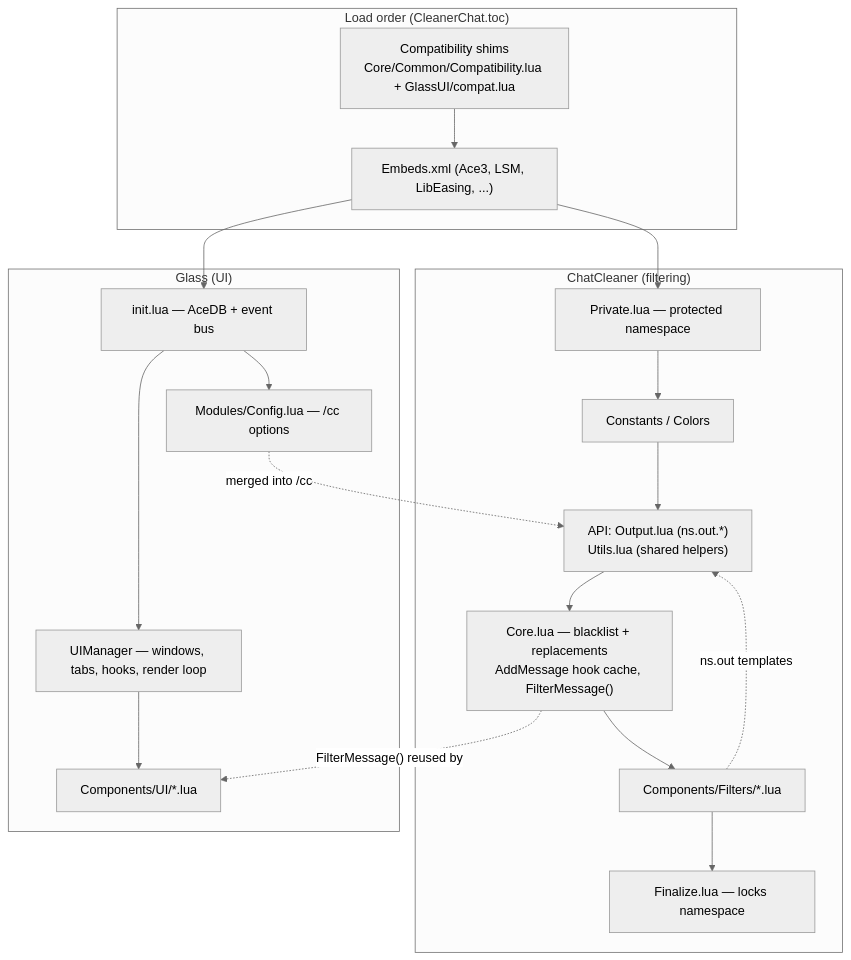
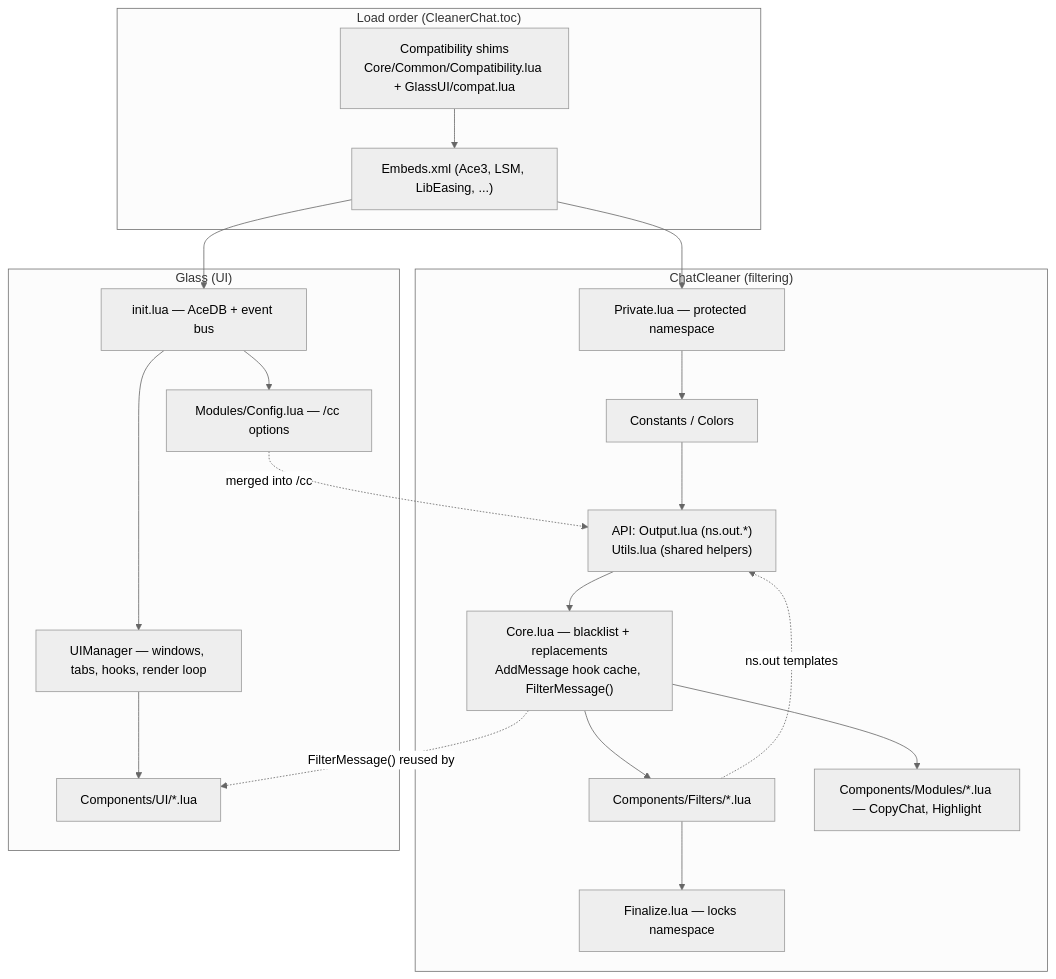
The diagram in docs/ARCHITECTURE.md (migwynkriid/CleanerChat-WotLK), drawn with Mermaid (neutral theme) before and after one commit. The commit also changed other lines of this file and 2 other files, not shown here.

Commit message:
docs: update CONTRIBUTING and ARCHITECTURE documentation to clarify module structure and localization checks

````diff
--- a/docs/ARCHITECTURE.md
+++ b/docs/ARCHITECTURE.md
@@ -13,27 +14,29 @@
 ```mermaid
 flowchart TD
     subgraph Boot["Load order (CleanerChat.toc)"]
         Compat["Compatibility shims<br/>Core/Common/Compatibility.lua + GlassUI/compat.lua"]
         Libs["Embeds.xml (Ace3, LSM, LibEasing, ...)"]
     end
     subgraph CC["ChatCleaner (filtering)"]
         Priv["Private.lua — protected namespace"]
         Data["Constants / Colors"]
         API["API: Output.lua (ns.out.*)<br/>Utils.lua (shared helpers)"]
         Engine["Core.lua — blacklist + replacements<br/>AddMessage hook cache, FilterMessage()"]
         Filters["Components/Filters/*.lua"]
+        Modules["Components/Modules/*.lua — CopyChat, Highlight"]
         Final["Finalize.lua — locks namespace"]
     end
     subgraph GL["Glass (UI)"]
         Init["init.lua — AceDB + event bus"]
         UIMgr["UIManager — windows, tabs, hooks, render loop"]
         UIComp["Components/UI/*.lua"]
         Cfg["Modules/Config.lua — /cc options"]
     end
     Compat --> Libs --> Priv --> Data --> API --> Engine --> Filters --> Final
+    Engine --> Modules
     Libs --> Init --> UIMgr --> UIComp
     Init --> Cfg
     Engine -. "FilterMessage() reused by" .-> UIComp
     Filters -. "ns.out templates" .-> API
     Cfg -. "merged into /cc" .-> API
 ```
````
